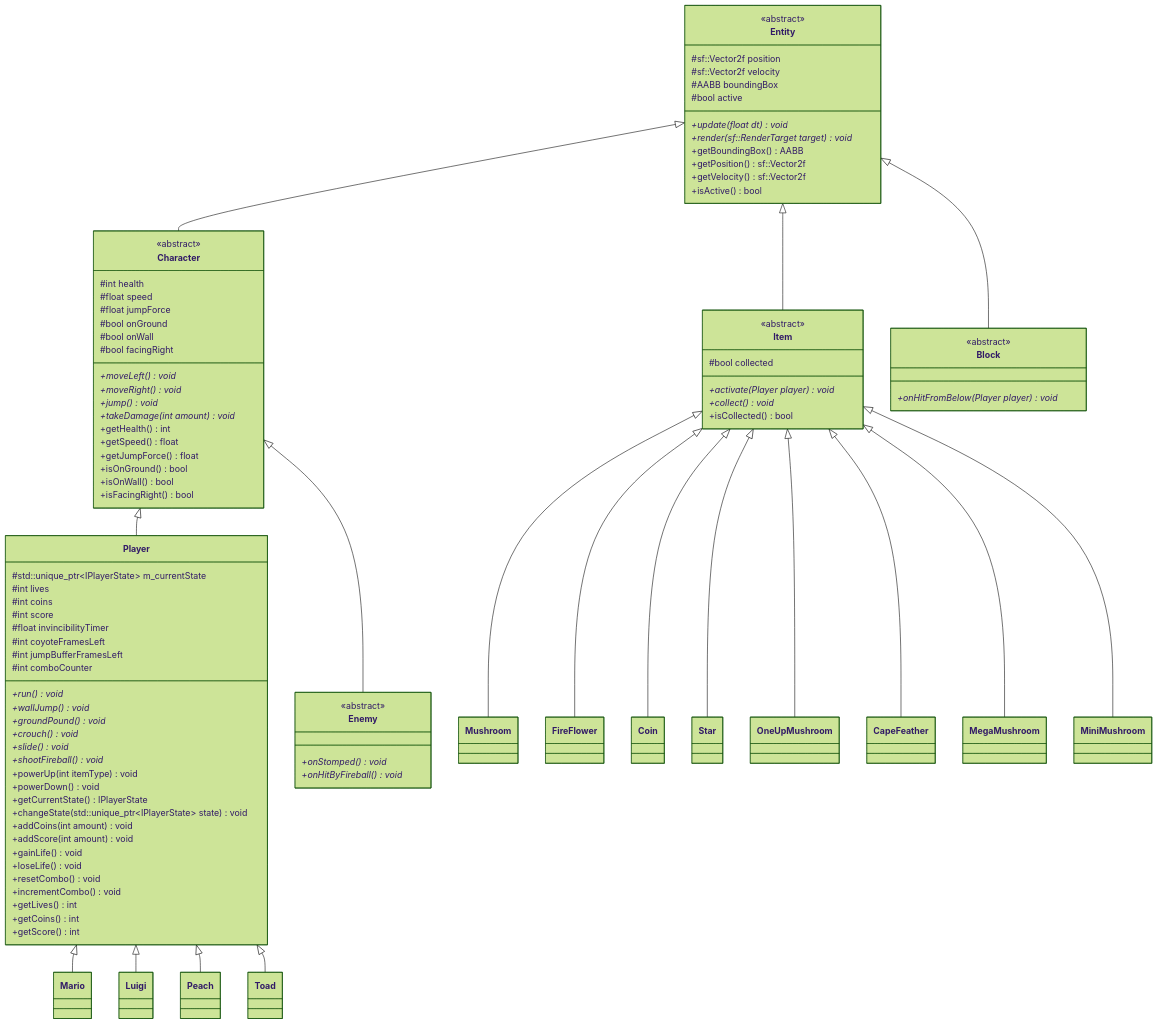
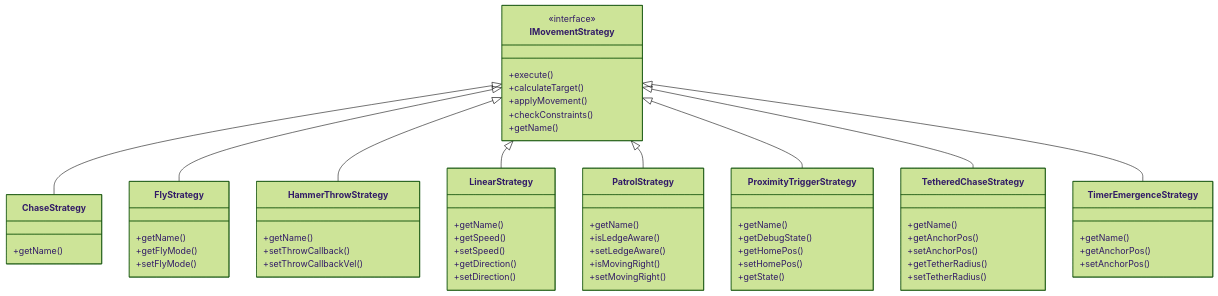
One commit to ndmhuy/SuperMarioGame changed the fourth of 6 diagrams in class_diagram.md. Above: the diagram before and after it, drawn with Mermaid (forest theme). The commit also changed other lines of this file and 5 other files, not shown here.

First line of the commit message:
docs(report): real UML, generated from the headers, and the project's own history

````diff
--- a/class_diagram.md
+++ b/class_diagram.md
@@ -166,105 +556,65 @@
 ```mermaid
 classDiagram
-    class Entity {
-        <<abstract>>
-        #sf::Vector2f position
-        #sf::Vector2f velocity
-        #AABB boundingBox
-        #bool active
-        +update(float dt) void*
-        +render(sf::RenderTarget target) void*
-        +getBoundingBox() AABB
-        +getPosition() sf::Vector2f
-        +getVelocity() sf::Vector2f
-        +isActive() bool
+    class IMovementStrategy {
+        <<interface>>
+        +execute()
+        +calculateTarget()
+        +applyMovement()
+        +checkConstraints()
+        +getName()
     }
-
-    class Character {
-        <<abstract>>
-        #int health
-        #float speed
-        #float jumpForce
-        #bool onGround
-        #bool onWall
-        #bool facingRight
-        +moveLeft() void*
-        +moveRight() void*
-        +jump() void*
-        +takeDamage(int amount) void*
-        +getHealth() int
-        +getSpeed() float
-        +getJumpForce() float
-        +isOnGround() bool
-        +isOnWall() bool
-        +isFacingRight() bool
+    class ChaseStrategy {
+        +getName()
     }
-
-    class Player {
-        #std::unique_ptr~IPlayerState~ m_currentState
-        #int lives
-        #int coins
-        #int score
-        #float invincibilityTimer
-        #int coyoteFramesLeft
-        #int jumpBufferFramesLeft
-        #int comboCounter
-        +run() void*
-        +wallJump() void*
-        +groundPound() void*
-        +crouch() void*
-        +slide() void*
-        +shootFireball() void*
-        +powerUp(int itemType) void
-        +powerDown() void
-        +getCurrentState() IPlayerState
-        +changeState(std::unique_ptr~IPlayerState~ state) void
-        +addCoins(int amount) void
-        +addScore(int amount) void
-        +gainLife() void
-        +loseLife() void
-        +resetCombo() void
-        +incrementCombo() void
-        +getLives() int
-        +getCoins() int
-        +getScore() int
+    class FlyStrategy {
+        +getName()
+        +getFlyMode()
+        +setFlyMode()
     }
-
-    class Enemy {
-        <<abstract>>
-        +onStomped() void*
-        +onHitByFireball() void*
+    class HammerThrowStrategy {
+        +getName()
+        +setThrowCallback()
+        +setThrowCallbackVel()
     }
-
-    class Item {
-        <<abstract>>
-        #bool collected
-        +activate(Player player) void*
-        +collect() void*
-        +isCollected() bool
+    class LinearStrategy {
+        +getName()
+        +getSpeed()
+        +setSpeed()
+        +getDirection()
+        +setDirection()
     }
-
-    class Block {
-        <<abstract>>
-        +onHitFromBelow(Player player) void*
+    class PatrolStrategy {
+        +getName()
+        +isLedgeAware()
+        +setLedgeAware()
+        +isMovingRight()
+        +setMovingRight()
     }
-
-    Entity <|-- Character
-    Entity <|-- Item
-    Entity <|-- Block
-    Character <|-- Player
-    Character <|-- Enemy
-
-    Player <|-- Mario
-    Player <|-- Luigi
-    Player <|-- Peach
-    Player <|-- Toad
-
-    Item <|-- Mushroom
-    Item <|-- FireFlower
-    Item <|-- Coin
-    Item <|-- Star
-    Item <|-- OneUpMushroom
-    Item <|-- CapeFeather
-    Item <|-- MegaMushroom
-    Item <|-- MiniMushroom
+    class ProximityTriggerStrategy {
+        +getName()
+        +getDebugState()
+        +getHomePos()
+        +setHomePos()
+        +getState()
+    }
+    class TetheredChaseStrategy {
+        +getName()
+        +getAnchorPos()
+        +setAnchorPos()
+        +getTetherRadius()
+        +setTetherRadius()
+    }
+    class TimerEmergenceStrategy {
+        +getName()
+        +getAnchorPos()
+        +setAnchorPos()
+    }
+    IMovementStrategy <|-- ChaseStrategy
+    IMovementStrategy <|-- FlyStrategy
+    IMovementStrategy <|-- HammerThrowStrategy
+    IMovementStrategy <|-- LinearStrategy
+    IMovementStrategy <|-- PatrolStrategy
+    IMovementStrategy <|-- ProximityTriggerStrategy
+    IMovementStrategy <|-- TetheredChaseStrategy
+    IMovementStrategy <|-- TimerEmergenceStrategy
 ```
````
